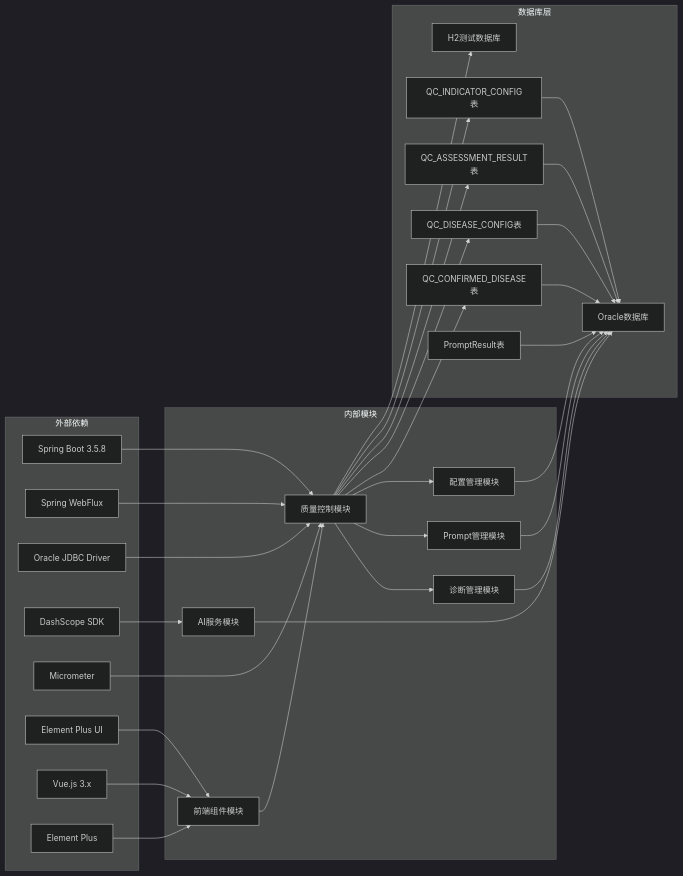
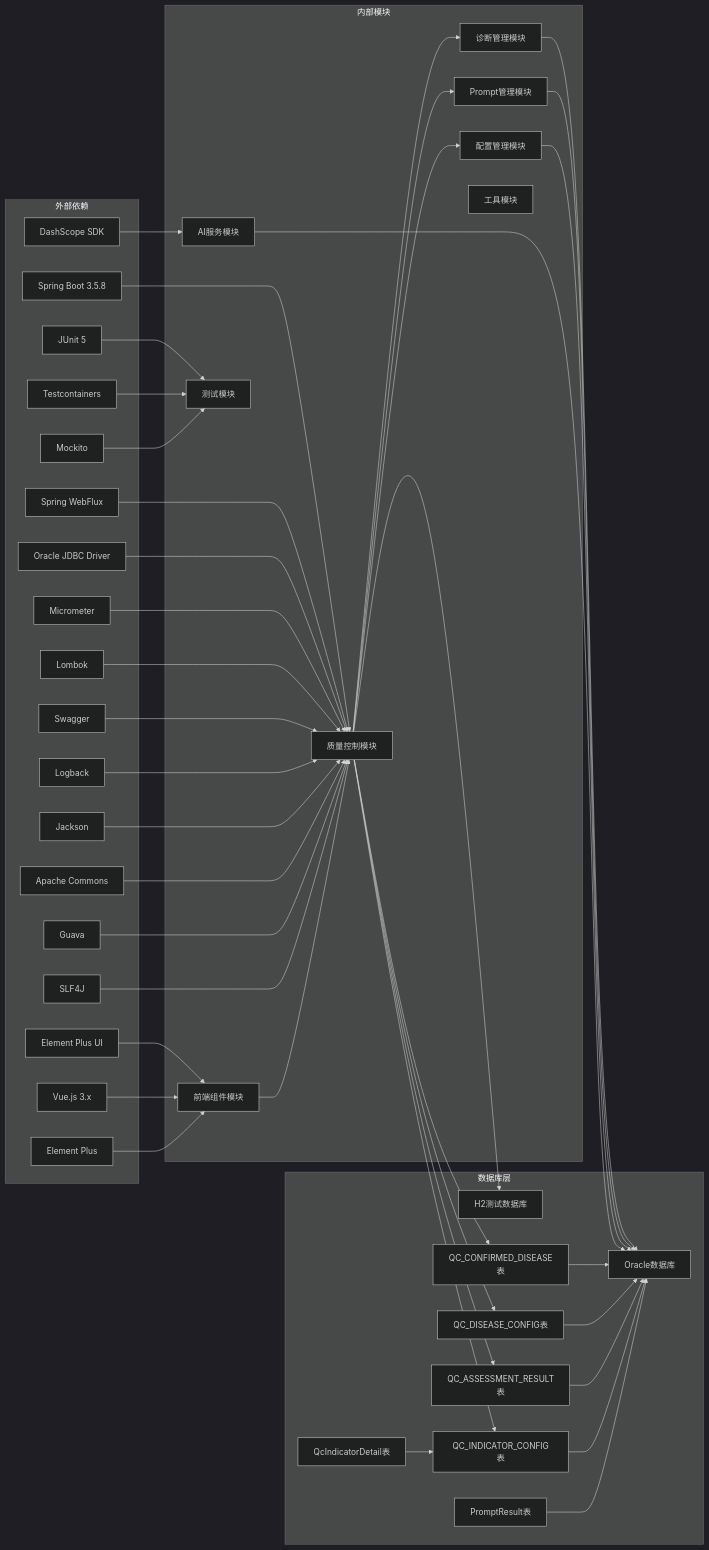
Before and after one commit to liuzh2008/med_ai_assistant_workspace: diagram 18 of 19 in .qoder/repowiki/zh/content/核心功能模块/质量控制系统.md, drawn with Mermaid (dark theme). The commit also changed other lines of this file and 9 other files, not shown here.

````diff
--- a/.qoder/repowiki/zh/content/核心功能模块/质量控制系统.md
+++ b/.qoder/repowiki/zh/content/核心功能模块/质量控制系统.md
@@ -768,56 +888,80 @@
 ```mermaid
 graph LR
 subgraph "外部依赖"
 A[Spring Boot 3.5.8]
 B[Spring WebFlux]
 C[Oracle JDBC Driver]
 D[DashScope SDK]
 E[Micrometer]
 F[Element Plus UI]
 G[Vue.js 3.x]
 H[Element Plus]
+I[Lombok]
+J[Swagger]
+K[JUnit 5]
+L[Testcontainers]
+M[Mockito]
+N[Logback]
+O[Jackson]
+P[Apache Commons]
+Q[Guava]
+R[SLF4J]
 end
 subgraph "内部模块"
-I[质量控制模块]
-J[诊断管理模块]
-K[Prompt管理模块]
-L[配置管理模块]
-M[前端组件模块]
-N[AI服务模块]
+S[质量控制模块]
+T[诊断管理模块]
+U[Prompt管理模块]
+V[配置管理模块]
+W[前端组件模块]
+X[AI服务模块]
+Y[测试模块]
+Z[工具模块]
 end
 subgraph "数据库层"
-O[Oracle数据库]
-P[H2测试数据库]
-Q[QC_CONFIRMED_DISEASE表]
-R[QC_DISEASE_CONFIG表]
-S[QC_ASSESSMENT_RESULT表]
-T[QC_INDICATOR_CONFIG表]
-U[PromptResult表]
+AA[Oracle数据库]
+AB[H2测试数据库]
+AC[QC_CONFIRMED_DISEASE表]
+AD[QC_DISEASE_CONFIG表]
+AE[QC_ASSESSMENT_RESULT表]
+AF[QC_INDICATOR_CONFIG表]
+AG[PromptResult表]
+AH[QcIndicatorDetail表]
 end
-A --> I
-B --> I
-C --> I
-D --> N
-E --> I
-F --> M
-G --> M
-H --> M
-I --> J
-I --> K
-I --> L
-J --> O
-K --> O
-L --> O
-M --> I
-N --> O
-I --> Q
-I --> R
+A --> S
+B --> S
+C --> S
+D --> X
+E --> S
+F --> W
+G --> W
+H --> W
 I --> S
-I --> T
-Q --> O
-R --> O
-S --> O
-T --> O
-U --> O
-I --> P
+J --> S
+K --> Y
+L --> Y
+M --> Y
+N --> S
+O --> S
+P --> S
+Q --> S
+R --> S
+S --> T
+S --> U
+S --> V
+T --> AA
+U --> AA
+V --> AA
+W --> S
+X --> AA
+S --> AC
+S --> AD
+S --> AE
+S --> AF
+AC --> AA
+AD --> AA
+AE --> AA
+AF --> AA
+AG --> AA
+AH --> AF
+S --> AB
 ```
````
